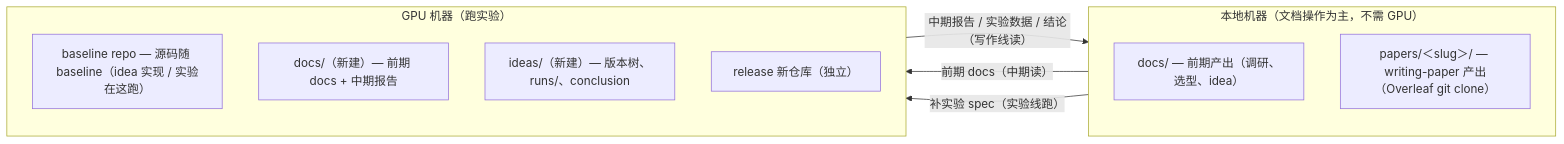
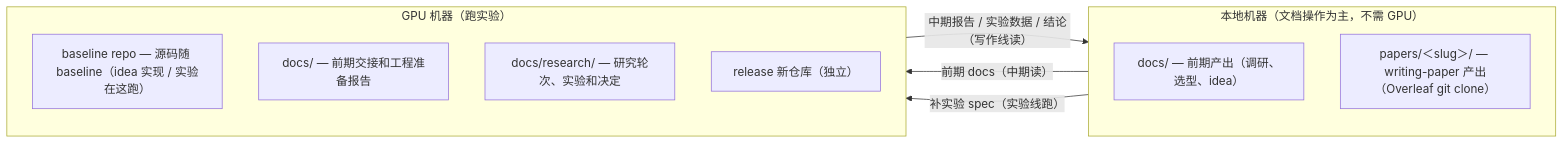
The second of 2 diagrams in plugins/dl-assistant/skills/dl-assistant/SKILL.md (jackwang0108/dl-assistant), drawn with Mermaid before and after one commit. The commit also changed other lines of this file and 13 other files, not shown here.

````diff
--- a/plugins/dl-assistant/skills/dl-assistant/SKILL.md
+++ b/plugins/dl-assistant/skills/dl-assistant/SKILL.md
@@ -212,19 +222,19 @@
 ```mermaid
 flowchart LR
     subgraph LOCAL["本地机器（文档操作为主，不需 GPU）"]
         direction TB
         LDOCS["docs/ — 前期产出（调研、选型、idea）"]
         LPAPER["papers/＜slug＞/ — writing-paper 产出（Overleaf git clone）"]
     end
     subgraph GPU["GPU 机器（跑实验）"]
         direction TB
         GREPO["baseline repo — 源码随 baseline（idea 实现 / 实验在这跑）"]
-        GDOCS["docs/（新建）— 前期 docs + 中期报告"]
-        GIDEAS["ideas/（新建）— 版本树、runs/、conclusion"]
+        GDOCS["docs/ — 前期交接和工程准备报告"]
+        GRESEARCH["docs/research/ — 研究轮次、实验和决定"]
         GREL["release 新仓库（独立）"]
     end
 
     LOCAL -->|"前期 docs（中期读）"| GPU
     GPU -->|"中期报告 / 实验数据 / 结论（写作线读）"| LOCAL
     LOCAL -->|"补实验 spec（实验线跑）"| GPU
 ```
````
